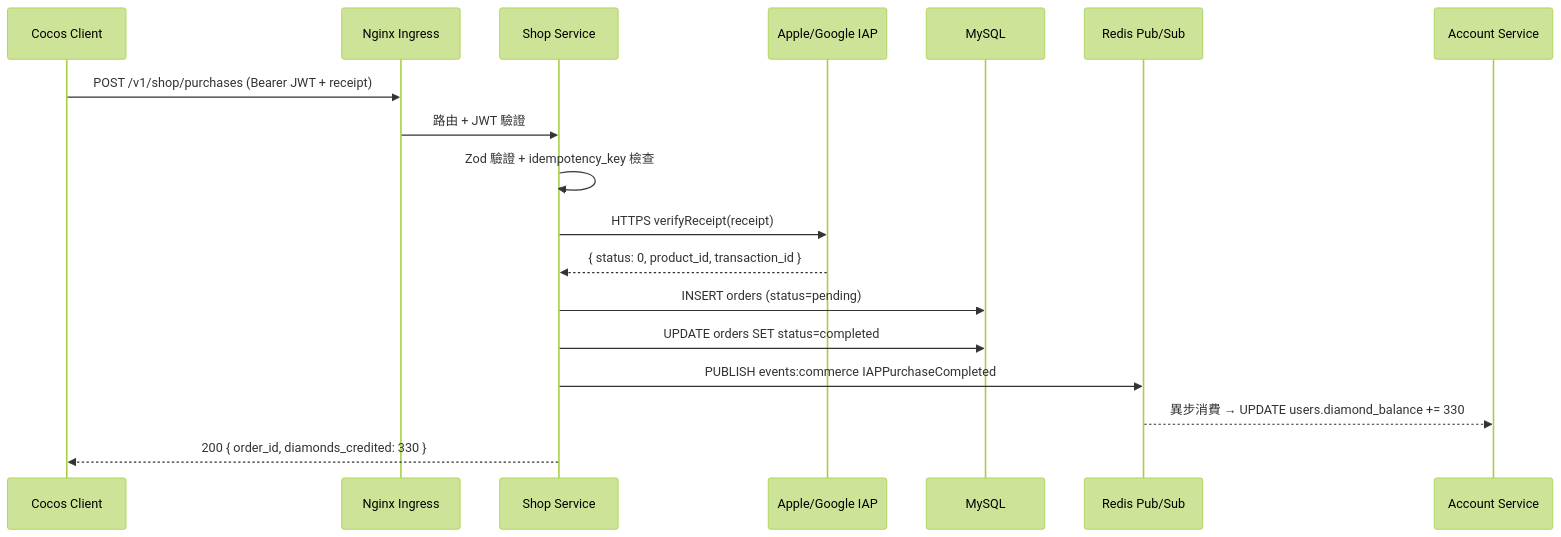
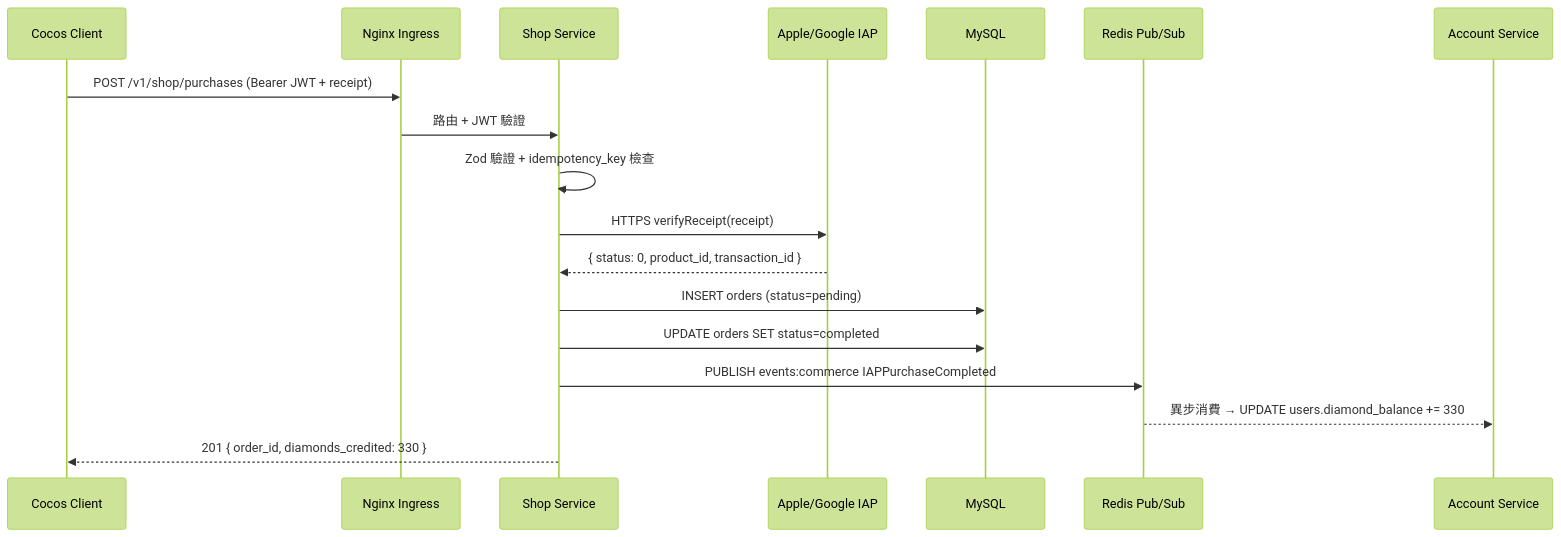
One commit to ibalasite/fishgame changed the first of 2 diagrams in docs/API.md. Above: the diagram before and after it, drawn with Mermaid (forest theme). The commit also changed other lines of this file and 4 other files, not shown here.

````diff
--- a/docs/API.md
+++ b/docs/API.md
@@ -993,21 +1192,21 @@
 ```mermaid
 sequenceDiagram
     participant Client as Cocos Client
     participant Ingress as Nginx Ingress
     participant Shop as Shop Service
     participant IAP as Apple/Google IAP
     participant MySQL as MySQL
     participant EventBus as Redis Pub/Sub
     participant Account as Account Service
 
     Client->>Ingress: POST /v1/shop/purchases (Bearer JWT + receipt)
     Ingress->>Shop: 路由 + JWT 驗證
     Shop->>Shop: Zod 驗證 + idempotency_key 檢查
     Shop->>IAP: HTTPS verifyReceipt(receipt)
     IAP-->>Shop: { status: 0, product_id, transaction_id }
     Shop->>MySQL: INSERT orders (status=pending)
     Shop->>MySQL: UPDATE orders SET status=completed
     Shop->>EventBus: PUBLISH events:commerce IAPPurchaseCompleted
     EventBus-->>Account: 異步消費 → UPDATE users.diamond_balance += 330
-    Shop-->>Client: 200 { order_id, diamonds_credited: 330 }
+    Shop-->>Client: 201 { order_id, diamonds_credited: 330 }
 ```
````
